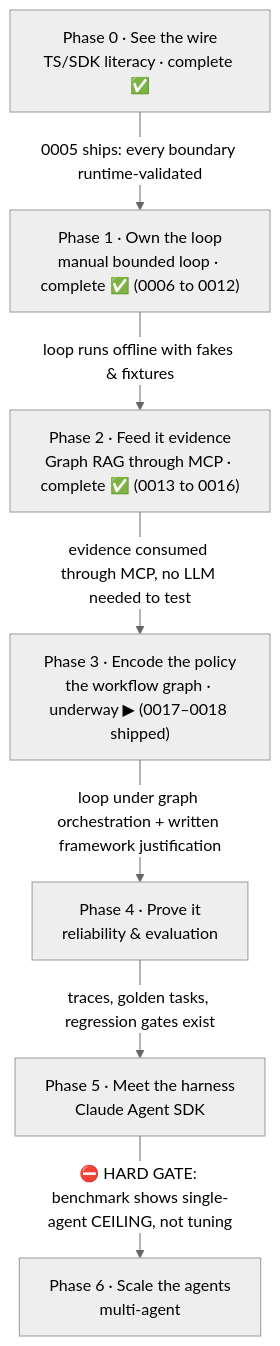
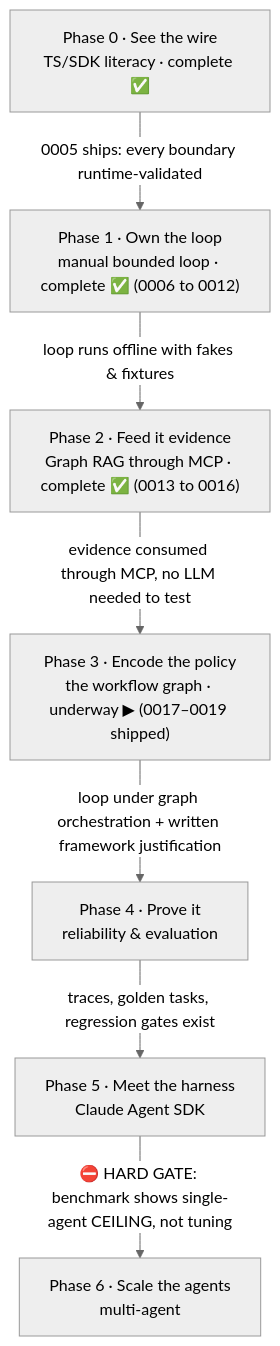
The first of 6 diagrams in wiki/course/course-module-graph.md (JozsefKiss90/TS), drawn with Mermaid (neutral theme) before and after one commit. The commit also changed other lines of this file and 15 other files, not shown here.

````diff
--- a/wiki/course/course-module-graph.md
+++ b/wiki/course/course-module-graph.md
@@ -17,16 +17,16 @@
 ```mermaid
 flowchart TD
     P0["Phase 0 · See the wire<br/>TS/SDK literacy · complete ✅"]
     P1["Phase 1 · Own the loop<br/>manual bounded loop · complete ✅ (0006 to 0012)"]
     P2["Phase 2 · Feed it evidence<br/>Graph RAG through MCP · complete ✅ (0013 to 0016)"]
-    P3["Phase 3 · Encode the policy<br/>the workflow graph · underway ▶ (0017–0018 shipped)"]
+    P3["Phase 3 · Encode the policy<br/>the workflow graph · underway ▶ (0017–0019 shipped)"]
     P4["Phase 4 · Prove it<br/>reliability & evaluation"]
     P5["Phase 5 · Meet the harness<br/>Claude Agent SDK"]
     P6["Phase 6 · Scale the agents<br/>multi-agent"]
     P0 -->|"0005 ships: every boundary runtime-validated"| P1
     P1 -->|"loop runs offline with fakes & fixtures"| P2
     P2 -->|"evidence consumed through MCP, no LLM needed to test"| P3
     P3 -->|"loop under graph orchestration + written framework justification"| P4
     P4 -->|"traces, golden tasks, regression gates exist"| P5
     P5 -->|"⛔ HARD GATE: benchmark shows single-agent CEILING, not tuning"| P6
 ```
````
